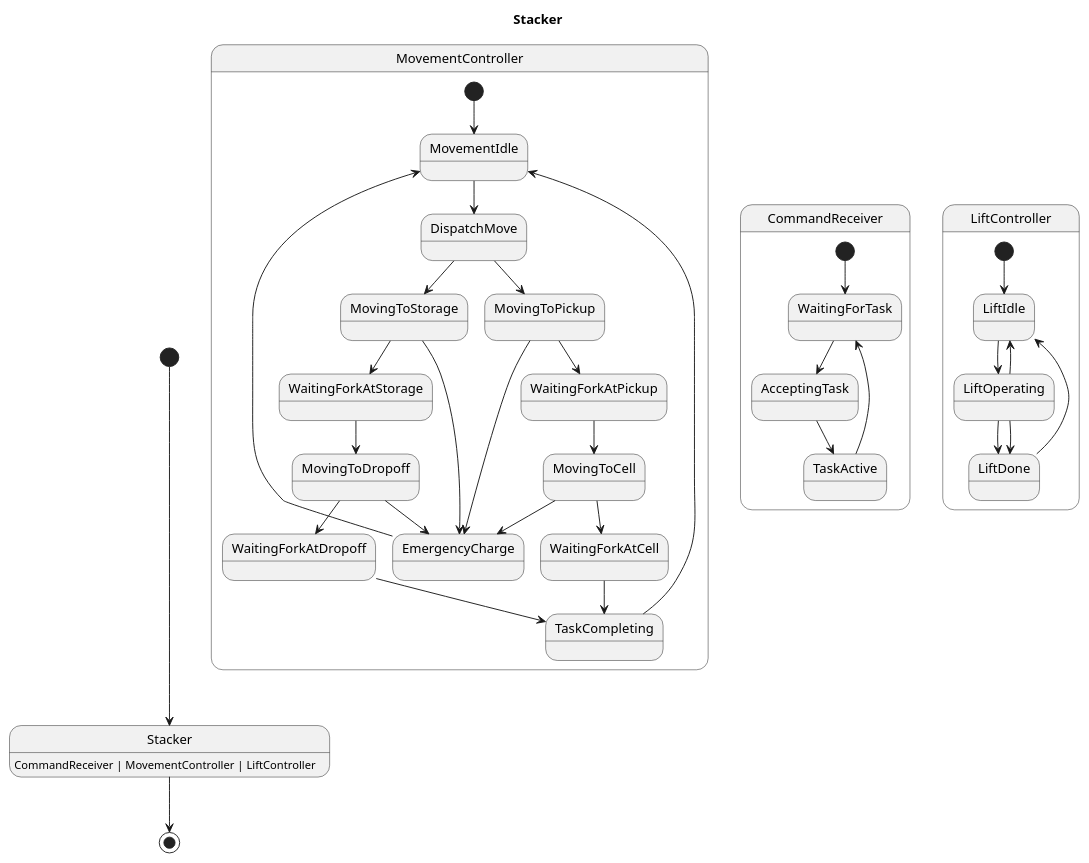
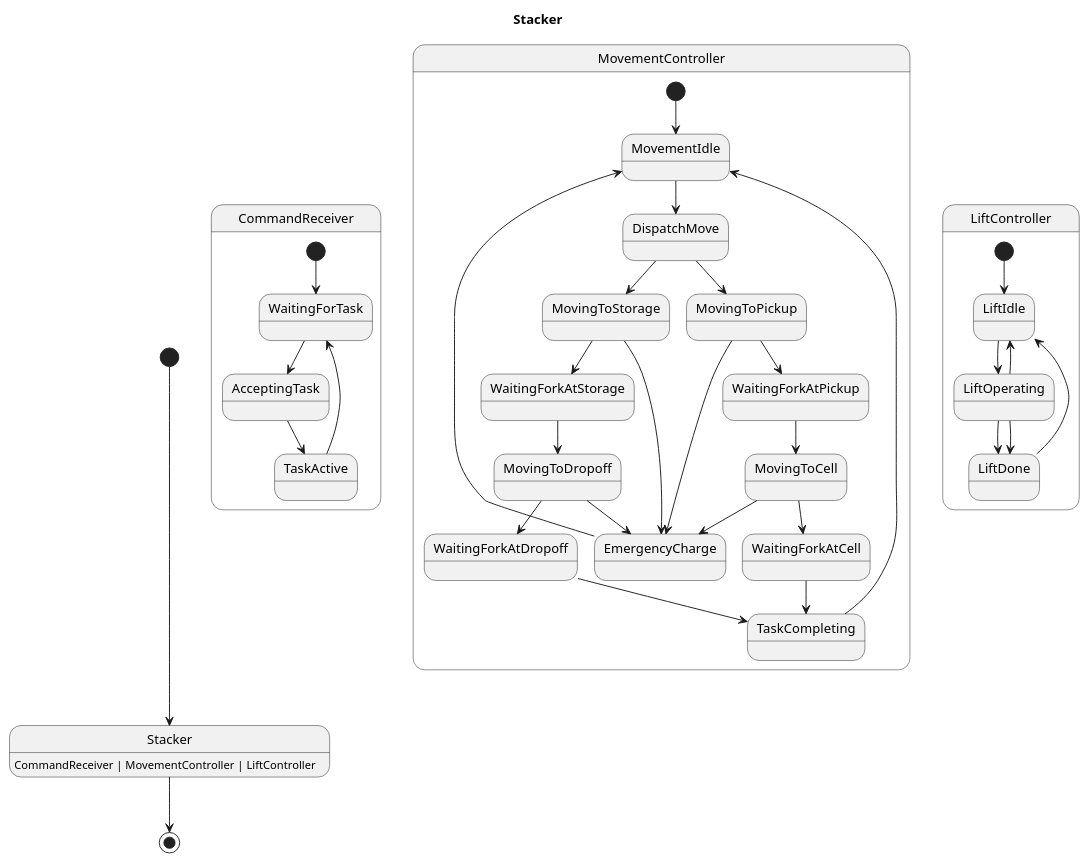
One commit to Pastor/Takt changed the diagram in examples/generated/plantuml/stacker.puml. Above: the diagram before and after it, drawn with PlantUML. The commit also changed other lines of this file and 8 other files, not shown here.

```diff
--- a/examples/generated/plantuml/stacker.puml
+++ b/examples/generated/plantuml/stacker.puml
@@ -1,45 +1,45 @@
 @startuml
 title Stacker
 
 [*] --> Stacker
 Stacker : CommandReceiver | MovementController | LiftController
 Stacker --> [*]
 
+state CommandReceiver {
+    [*] --> WaitingForTask
+    WaitingForTask --> AcceptingTask
+    AcceptingTask --> TaskActive
+    TaskActive --> WaitingForTask
+}
+
 state MovementController {
     [*] --> MovementIdle
-    MovementIdle --> DispatchMove
     MovingToStorage --> WaitingForkAtStorage
     MovingToStorage --> EmergencyCharge
     MovingToPickup --> WaitingForkAtPickup
     MovingToPickup --> EmergencyCharge
-    MovingToDropoff --> WaitingForkAtDropoff
-    MovingToDropoff --> EmergencyCharge
-    WaitingForkAtCell --> TaskCompleting
+    WaitingForkAtDropoff --> TaskCompleting
     WaitingForkAtPickup --> MovingToCell
-    EmergencyCharge --> MovementIdle
-    WaitingForkAtDropoff --> TaskCompleting
+    DispatchMove --> MovingToPickup
+    DispatchMove --> MovingToStorage
     TaskCompleting --> MovementIdle
     MovingToCell --> WaitingForkAtCell
     MovingToCell --> EmergencyCharge
-    DispatchMove --> MovingToPickup
-    DispatchMove --> MovingToStorage
+    WaitingForkAtCell --> TaskCompleting
+    MovementIdle --> DispatchMove
+    MovingToDropoff --> WaitingForkAtDropoff
+    MovingToDropoff --> EmergencyCharge
     WaitingForkAtStorage --> MovingToDropoff
-}
-
-state CommandReceiver {
-    [*] --> WaitingForTask
-    TaskActive --> WaitingForTask
-    AcceptingTask --> TaskActive
-    WaitingForTask --> AcceptingTask
+    EmergencyCharge --> MovementIdle
 }
 
 state LiftController {
     [*] --> LiftIdle
-    LiftIdle --> LiftOperating
     LiftDone --> LiftIdle
     LiftOperating --> LiftDone
     LiftOperating --> LiftDone
     LiftOperating --> LiftIdle
+    LiftIdle --> LiftOperating
 }
 
 @enduml
```
